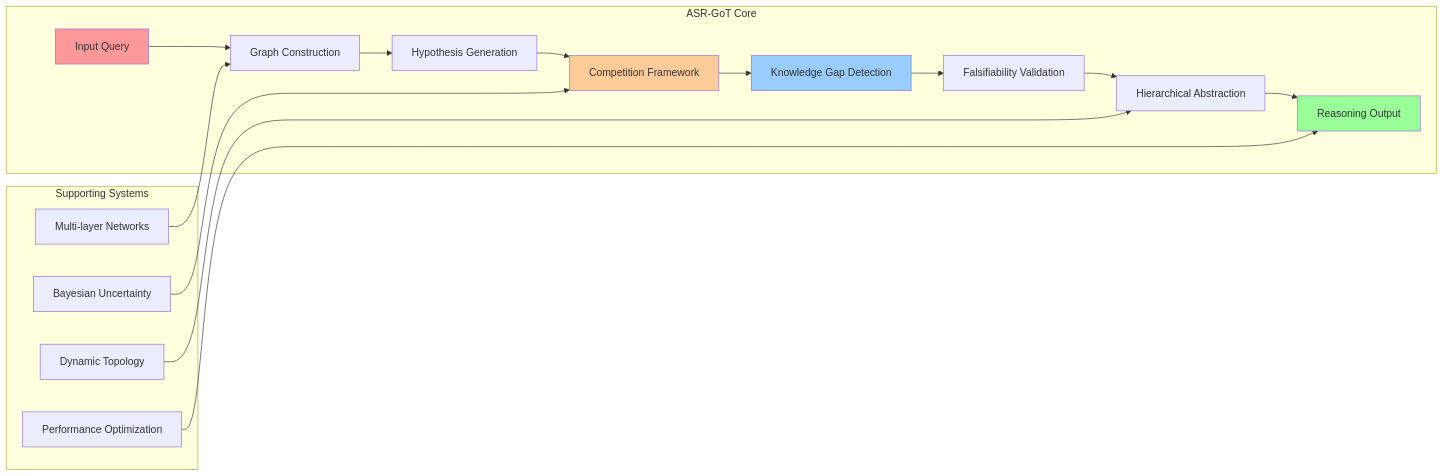
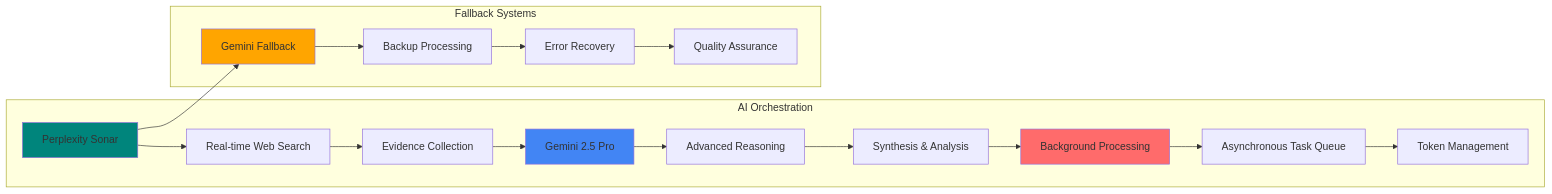
One commit to SaptaDey/asr-nexus-explorer changed the second of 3 diagrams in README.md. Above: the diagram before and after it, drawn with Mermaid. The commit also changed other lines of this file and 6 other files, not shown here.

First line of the commit message:
MAJOR ENHANCEMENT: Complete ASR-GoT framework fixes and improvements

````diff
--- a/README.md
+++ b/README.md
@@ -124,24 +98,25 @@
 ```mermaid
 graph LR
-    subgraph "ASR-GoT Core"
-        A[Input Query] --> B[Graph Construction]
-        B --> C[Hypothesis Generation]
-        C --> D[Competition Framework]
-        D --> E[Knowledge Gap Detection]
-        E --> F[Falsifiability Validation]
-        F --> G[Hierarchical Abstraction]
-        G --> H[Reasoning Output]
+    subgraph "AI Orchestration"
+        A[Perplexity Sonar] --> B[Real-time Web Search]
+        B --> C[Evidence Collection]
+        C --> D[Gemini 2.5 Pro]
+        D --> E[Advanced Reasoning]
+        E --> F[Synthesis & Analysis]
+        F --> G[Background Processing]
+        G --> H[Asynchronous Task Queue]
+        H --> I[Token Management]
     end
     
-    subgraph "Supporting Systems"
-        I[Bayesian Uncertainty] --> D
-        J[Multi-layer Networks] --> B
-        K[Dynamic Topology] --> G
-        L[Performance Optimization] --> H
+    subgraph "Fallback Systems"
+        J[Gemini Fallback] --> K[Backup Processing]
+        K --> L[Error Recovery]
+        L --> M[Quality Assurance]
     end
     
-    style A fill:#ff9999
-    style H fill:#99ff99
-    style D fill:#ffcc99
-    style E fill:#99ccff
+    A --> J
+    style A fill:#00857C
+    style D fill:#4285F4
+    style G fill:#FF6B6B
+    style J fill:#FFA500
 ```
````
